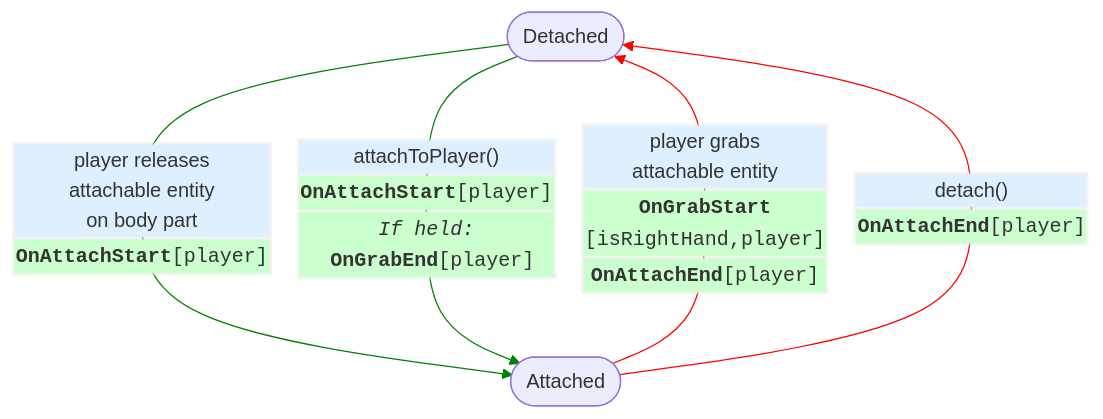
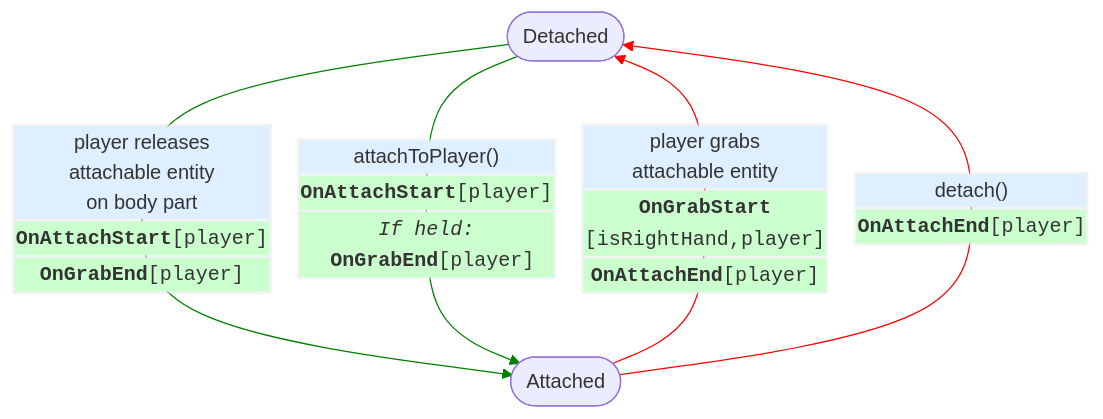
Before and after one commit to MHCPCreators/horizonCreatorManual: the eighth of 8 diagrams in HorizonTechnicalDoc.md, drawn with Mermaid. The commit also changed other lines of this file, not shown here.

````diff
--- a/HorizonTechnicalDoc.md
+++ b/HorizonTechnicalDoc.md
@@ -2607,16 +2653,16 @@
 ```mermaid {align="center"}
 flowchart TD
   detach([Detached])
   attach([Attached])
 
-  detach -- <table style="margin:0;overflow: visible"><tr><td style="background-color:#deefff">player releases<br/>attachable entity<br/>on body part</td></tr><tr><td style="background-color:#cbffcd"><code style="background-color:#0000"><b>OnAttachStart</b>[player]</code></td></tr></table> ---> attach
+  detach -- <table style="margin:0;overflow: visible"><tr><td style="background-color:#deefff">player releases<br/>attachable entity<br/>on body part</td></tr><tr><td style="background-color:#cbffcd"><code style="background-color:#0000"><b>OnAttachStart</b>[player]</code></td></tr><tr><td style="background-color:#cbffcd"><code style="background-color: #0000"><b>OnGrabEnd</b>[player]</code></td></tr></table> ---> attach
 
   detach -- <table style="margin:0;overflow: visible"><tr><td style="background-color:#deefff">attachToPlayer()</td></tr><tr><td style="background-color:#cbffcd"><code style="background-color:#0000"><b>OnAttachStart</b>[player]</code></td></tr><tr><td style="background-color:#cbffcd"><code style="background-color:#0000"><I>If held:</I><br/> <b>OnGrabEnd</b>[player]</code></td></tr></table> ---> attach
 
   attach -- <table style="margin:0;overflow: visible"><tr><td style="background-color:#deefff">player grabs <br/>attachable entity</td></tr><tr><td style="background-color:#cbffcd"><code style="background-color:#0000"><b>OnGrabStart</b><br/>[isRightHand,player]</code></td></tr><tr><td style="background-color:#cbffcd"><code style="background-color:#0000"><b>OnAttachEnd</b>[player]</code></td></tr></table> --> detach
 
   attach -- <table style="margin:0;overflow: visible"><tr><td style="background-color:#deefff">detach()</td></tr><tr><td style="background-color:#cbffcd"><code style="background-color:#0000"><b>OnAttachEnd</b>[player]</code></td></tr></table> --> detach
 
    linkStyle 0,1 stroke:green,stroke-width:1px;
     linkStyle 2,3 stroke:red,stroke-width:1px;
 ```
````
